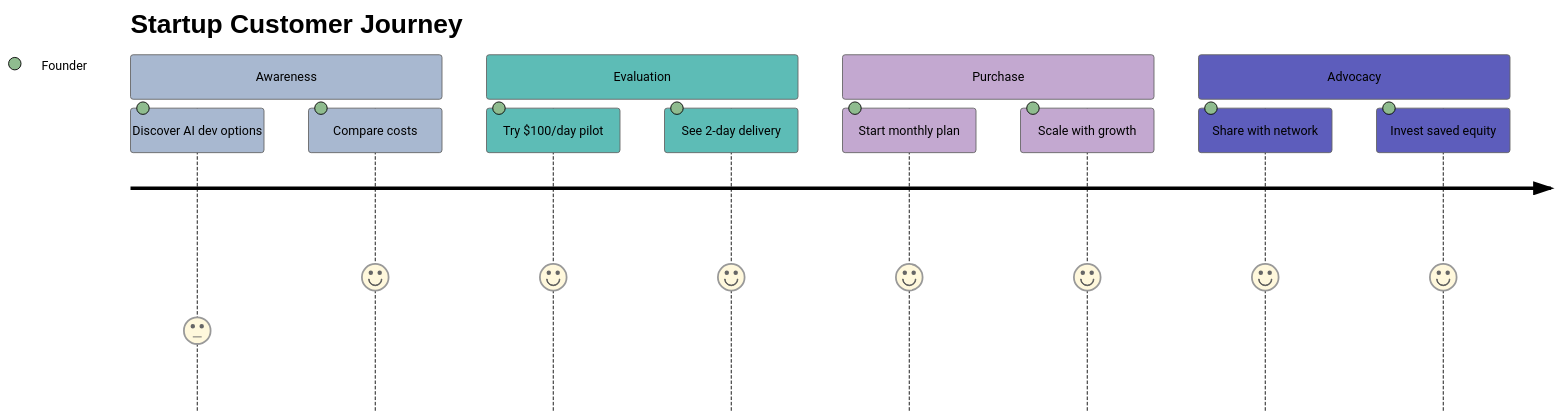
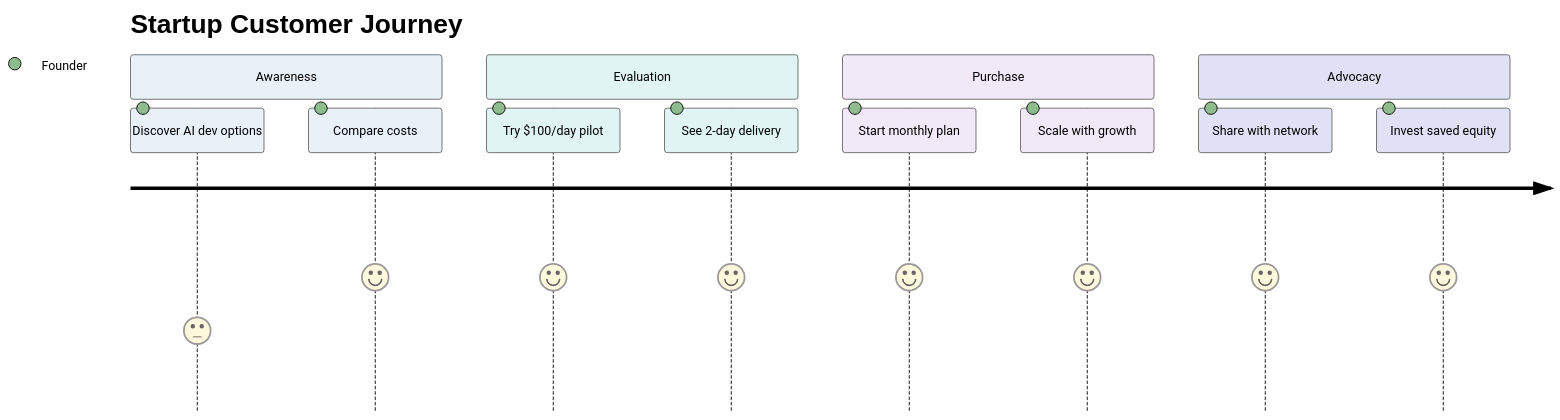
The fifth of 7 diagrams in business-documents/market-analysis/04-customer-segments.md (o2alexanderfedin/AI-Hive-Business-Docs), drawn with Mermaid before and after one commit. The commit also changed other lines of this file, not shown here.

Commit message:
Update Startup Customer Journey diagram with pale colors
- Replace saturated colors with very pale, soft tones
- Primary: #E8F0F8 (very pale blue)
- Secondary: #E0F5F3 (very pale teal)
- Tertiary: #E5F3FC (very pale sky blue)
- Maintain black text for readability
- Consistent with design aesthetic requirements

````diff
--- a/business-documents/market-analysis/04-customer-segments.md
+++ b/business-documents/market-analysis/04-customer-segments.md
@@ -442,78 +442,78 @@
 ```mermaid
 %%{init: {
   'theme': 'base',
   'themeVariables': {
-    'primaryColor': '#A8B8D0',
+    'primaryColor': '#E8F0F8',
     'primaryTextColor': '#000000',
-    'primaryBorderColor': '#8A9AB2',
-    'lineColor': '#8A9AB2',
-    'secondaryColor': '#5DBCB6',
+    'primaryBorderColor': '#D5E5F0',
+    'lineColor': '#D5E5F0',
+    'secondaryColor': '#E0F5F3',
     'secondaryTextColor': '#000000',
-    'secondaryBorderColor': '#3D9A94',
-    'tertiaryColor': '#84D4F5',
+    'secondaryBorderColor': '#C8E8E5',
+    'tertiaryColor': '#E5F3FC',
     'tertiaryTextColor': '#000000',
-    'tertiaryBorderColor': '#5ABCD8',
-    'background': '#F5F5F5',
-    'mainBkg': '#A8B8D0',
-    'secondBkg': '#5DBCB6',
-    'tertiaryBkg': '#84D4F5',
+    'tertiaryBorderColor': '#D0E8F5',
+    'background': '#FAFAFA',
+    'mainBkg': '#E8F0F8',
+    'secondBkg': '#E0F5F3',
+    'tertiaryBkg': '#E5F3FC',
     'mainContrastColor': '#000000',
     'darkMode': false,
     'fontFamily': 'Arial, sans-serif',
     'fontSize': '14px',
-    'labelBackground': '#E8E8E8',
+    'labelBackground': '#F5F5F5',
     'textColor': '#000000',
-    'nodeBkg': '#B3B2D8',
+    'nodeBkg': '#ECEEF5',
     'nodeTextColor': '#000000',
-    'nodeBorder': '#8A89C0',
-    'clusterBkg': '#E5C4CA',
-    'clusterBorder': '#CDA2AB',
-    'defaultLinkColor': '#8A9AB2',
+    'nodeBorder': '#DDE0EC',
+    'clusterBkg': '#F5E8EC',
+    'clusterBorder': '#ECDDE3',
+    'defaultLinkColor': '#D5E5F0',
     'titleColor': '#000000',
-    'edgeLabelBackground': '#F5F5F5',
-    'actorBorder': '#8A9AB2',
-    'actorBkg': '#B3B2D8',
+    'edgeLabelBackground': '#FAFAFA',
+    'actorBorder': '#D5E5F0',
+    'actorBkg': '#ECEEF5',
     'actorTextColor': '#000000',
-    'actorLineColor': '#8A9AB2',
+    'actorLineColor': '#D5E5F0',
     'signalColor': '#000000',
     'signalTextColor': '#000000',
-    'activationBorderColor': '#8A9AB2',
-    'activationBkgColor': '#E5C4CA',
+    'activationBorderColor': '#D5E5F0',
+    'activationBkgColor': '#F5E8EC',
     'sequenceNumberColor': '#000000',
-    'sectionBkgColor': '#FFD54F',
-    'altSectionBkgColor': '#FFB74D',
-    'sectionBkgColor2': '#E1B3C4',
-    'taskBorderColor': '#8A9AB2',
-    'taskBkgColor': '#B3B2D8',
+    'sectionBkgColor': '#FFF8E5',
+    'altSectionBkgColor': '#FFF0DD',
+    'sectionBkgColor2': '#F5E8EC',
+    'taskBorderColor': '#D5E5F0',
+    'taskBkgColor': '#ECEEF5',
     'taskTextColor': '#000000',
     'taskTextLightColor': '#000000',
     'taskTextOutsideColor': '#000000',
     'taskTextClickableColor': '#000000',
-    'activeTaskBorderColor': '#A8B8D0',
-    'activeTaskBkgColor': '#84D4F5',
-    'gridColor': '#C0C0C0',
-    'doneTaskBkgColor': '#5DBCB6',
-    'doneTaskBorderColor': '#3D9A94',
-    'critBorderColor': '#E27D00',
-    'critBkgColor': '#FFB74D',
-    'todayLineColor': '#E27D00',
+    'activeTaskBorderColor': '#E8F0F8',
+    'activeTaskBkgColor': '#E5F3FC',
+    'gridColor': '#E0E0E0',
+    'doneTaskBkgColor': '#E0F5F3',
+    'doneTaskBorderColor': '#C8E8E5',
+    'critBorderColor': '#F5E0CC',
+    'critBkgColor': '#FFF0DD',
+    'todayLineColor': '#F5E0CC',
     'labelColor': '#000000',
-    'errorBkgColor': '#E1B3C4',
+    'errorBkgColor': '#F5E8EC',
     'errorTextColor': '#000000'
   }
 }}%%
 journey
     title Startup Customer Journey
     section Awareness
       Discover AI dev options: 3: Founder
       Compare costs: 5: Founder
     section Evaluation
       Try $100/day pilot: 5: Founder
       See 2-day delivery: 5: Founder
     section Purchase
       Start monthly plan: 5: Founder
       Scale with growth: 5: Founder
     section Advocacy
       Share with network: 5: Founder
       Invest saved equity: 5: Founder
 ```
````
